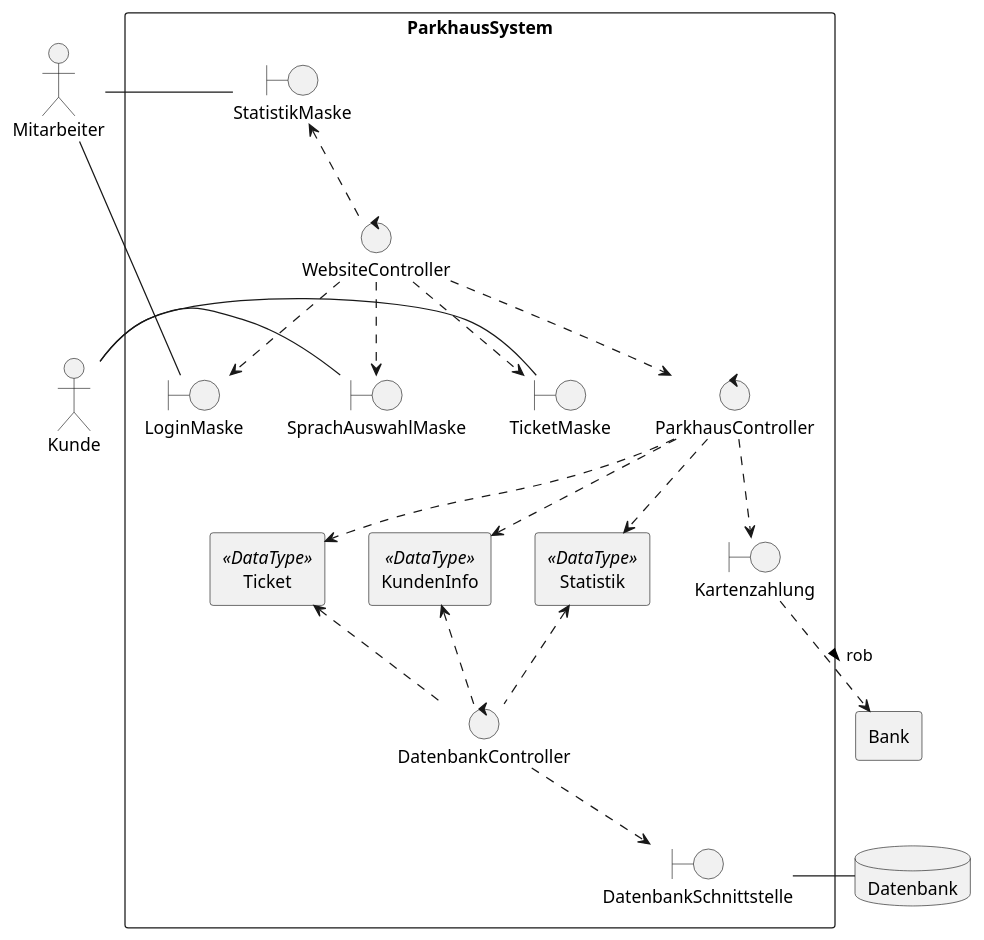
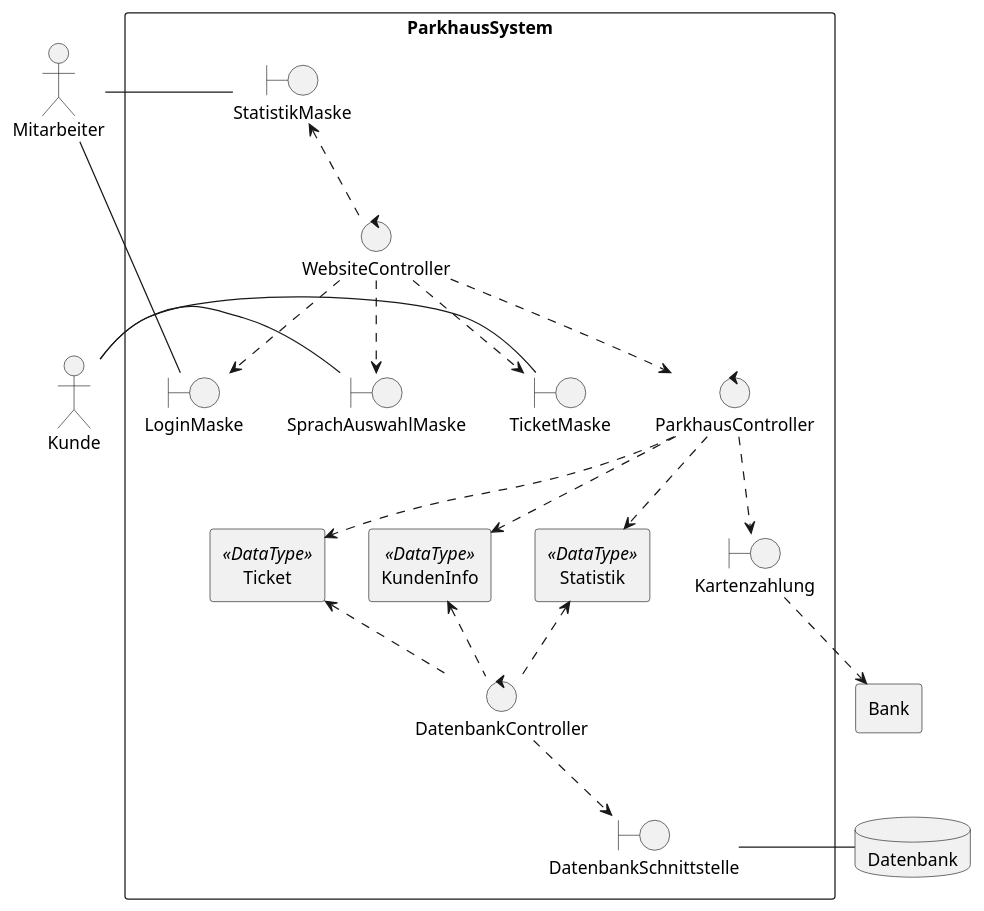
Before and after one commit to SilverLous/Software-EngineeringProject: the diagram in dokumentation/UML/5.2.1_Robustheitsanalyse.puml, drawn with PlantUML. The commit also changed 2 other files, not shown here.

```diff
--- a/dokumentation/UML/5.2.1_Robustheitsanalyse.puml
+++ b/dokumentation/UML/5.2.1_Robustheitsanalyse.puml
@@ -1,57 +1,57 @@
 @startuml
 
 actor Kunde
 actor Mitarbeiter
 rectangle Bank
 database Datenbank
 
 rectangle ParkhausSystem {
 
   agent Ticket <<DataType>>
   agent KundenInfo <<DataType>>
   agent Statistik <<DataType>>
 
   boundary TicketMaske
   boundary SprachAuswahlMaske
   boundary DatenbankSchnittstelle
   boundary Kartenzahlung
   boundary LoginMaske
   boundary StatistikMaske
 
 
   control ParkhausController
   control DatenbankController
   control WebsiteController
 
   LoginMaske -left- Mitarbeiter
   StatistikMaske -left- Mitarbeiter
 
   SprachAuswahlMaske -left- Kunde
 
   TicketMaske -left- Kunde
 
 
 
   Datenbank  -left- DatenbankSchnittstelle
 
 
   ParkhausController ..> KundenInfo
   KundenInfo <.. DatenbankController
   ParkhausController ..> Ticket
   Ticket <.. DatenbankController
   Statistik <.. DatenbankController
   ParkhausController ..> Statistik
 
 
   ParkhausController ..> Kartenzahlung
-  Kartenzahlung ..> Bank: "rob >"
+  Kartenzahlung ..> Bank
   WebsiteController ..> ParkhausController
   DatenbankController ..> DatenbankSchnittstelle
 
 
   WebsiteController ..> LoginMaske
   WebsiteController ..>SprachAuswahlMaske
   WebsiteController ..> TicketMaske
   StatistikMaske <.. WebsiteController
 }
 @enduml
```
